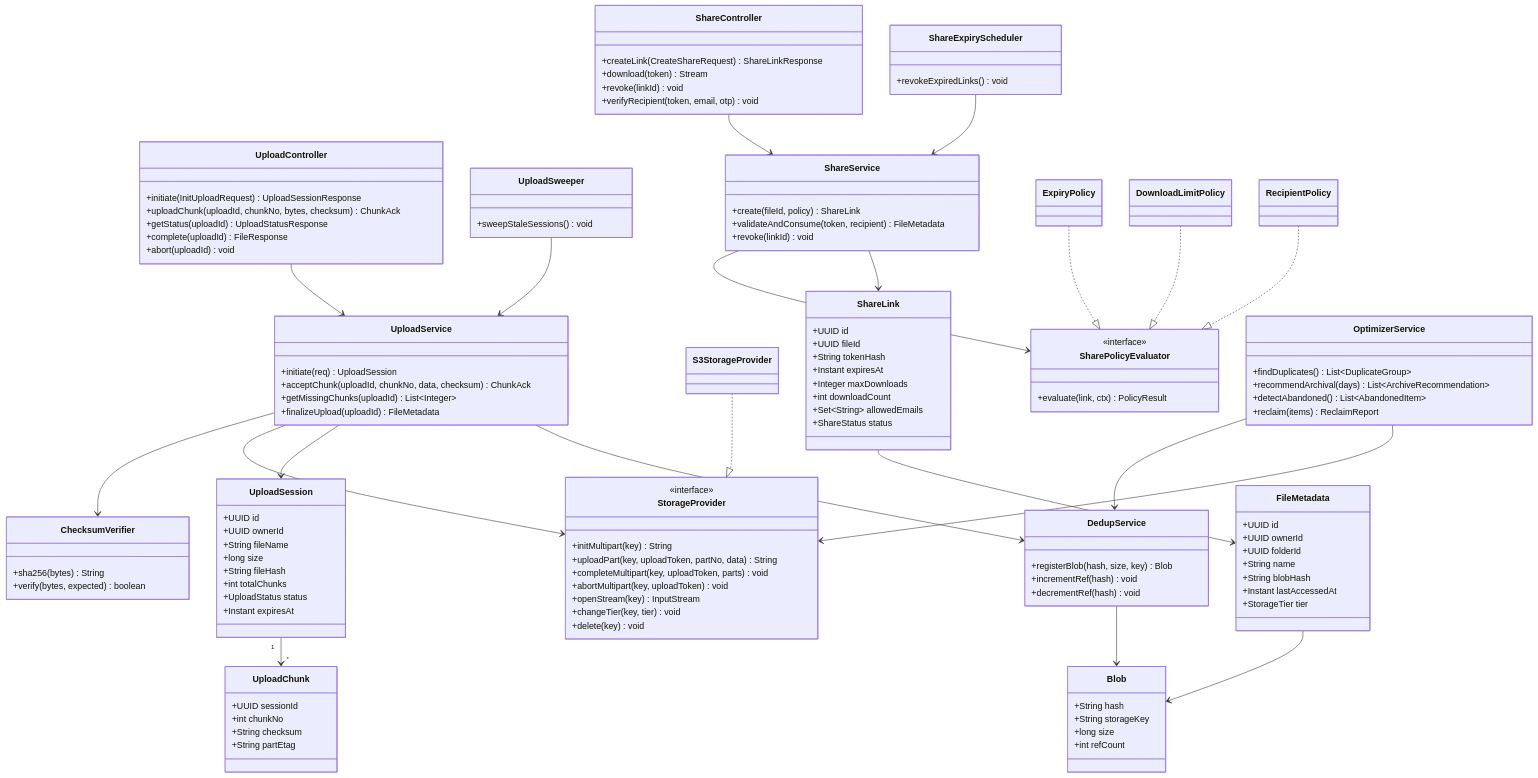
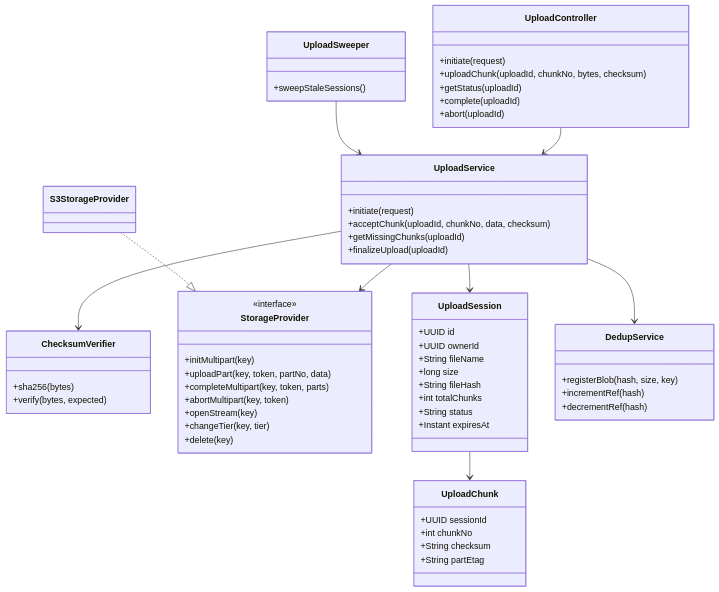
Before and after one commit to nshk28/Covalent: the second of 6 diagrams in README.md, drawn with Mermaid.

Commit message:
Refactor class diagrams and remove unused classes

````diff
--- a/README.md
+++ b/README.md
@@ -114,31 +114,31 @@
 ```mermaid
 classDiagram
     class UploadController {
-        +initiate(InitUploadRequest) UploadSessionResponse
-        +uploadChunk(uploadId, chunkNo, bytes, checksum) ChunkAck
-        +getStatus(uploadId) UploadStatusResponse
-        +complete(uploadId) FileResponse
-        +abort(uploadId) void
+        +initiate(request)
+        +uploadChunk(uploadId, chunkNo, bytes, checksum)
+        +getStatus(uploadId)
+        +complete(uploadId)
+        +abort(uploadId)
     }
     class UploadService {
-        +initiate(req) UploadSession
-        +acceptChunk(uploadId, chunkNo, data, checksum) ChunkAck
-        +getMissingChunks(uploadId) List~Integer~
-        +finalizeUpload(uploadId) FileMetadata
+        +initiate(request)
+        +acceptChunk(uploadId, chunkNo, data, checksum)
+        +getMissingChunks(uploadId)
+        +finalizeUpload(uploadId)
     }
     class ChecksumVerifier {
-        +sha256(bytes) String
-        +verify(bytes, expected) boolean
+        +sha256(bytes)
+        +verify(bytes, expected)
     }
     class StorageProvider {
         <<interface>>
-        +initMultipart(key) String
-        +uploadPart(key, uploadToken, partNo, data) String
-        +completeMultipart(key, uploadToken, parts) void
-        +abortMultipart(key, uploadToken) void
-        +openStream(key) InputStream
-        +changeTier(key, tier) void
-        +delete(key) void
+        +initMultipart(key)
+        +uploadPart(key, token, partNo, data)
+        +completeMultipart(key, token, parts)
+        +abortMultipart(key, token)
+        +openStream(key)
+        +changeTier(key, tier)
+        +delete(key)
     }
     class S3StorageProvider
     class UploadSession {
@@ -148,7 +148,7 @@
         +long size
         +String fileHash
         +int totalChunks
-        +UploadStatus status
+        +String status
         +Instant expiresAt
     }
     class UploadChunk {
@@ -158,88 +158,20 @@
         +String partEtag
     }
     class UploadSweeper {
-        +sweepStaleSessions() void
-    }
-
-    class ShareController {
-        +createLink(CreateShareRequest) ShareLinkResponse
-        +download(token) Stream
-        +revoke(linkId) void
-        +verifyRecipient(token, email, otp) void
-    }
-    class ShareService {
-        +create(fileId, policy) ShareLink
-        +validateAndConsume(token, recipient) FileMetadata
-        +revoke(linkId) void
-    }
-    class SharePolicyEvaluator {
-        <<interface>>
-        +evaluate(link, ctx) PolicyResult
-    }
-    class ExpiryPolicy
-    class DownloadLimitPolicy
-    class RecipientPolicy
-    class ShareLink {
-        +UUID id
-        +UUID fileId
-        +String tokenHash
-        +Instant expiresAt
-        +Integer maxDownloads
-        +int downloadCount
-        +Set~String~ allowedEmails
-        +ShareStatus status
-    }
-    class ShareExpiryScheduler {
-        +revokeExpiredLinks() void
-    }
-
-    class OptimizerService {
-        +findDuplicates() List~DuplicateGroup~
-        +recommendArchival(days) List~ArchiveRecommendation~
-        +detectAbandoned() List~AbandonedItem~
-        +reclaim(items) ReclaimReport
+        +sweepStaleSessions()
     }
     class DedupService {
-        +registerBlob(hash, size, key) Blob
-        +incrementRef(hash) void
-        +decrementRef(hash) void
-    }
-    class FileMetadata {
-        +UUID id
-        +UUID ownerId
-        +UUID folderId
-        +String name
-        +String blobHash
-        +Instant lastAccessedAt
-        +StorageTier tier
-    }
-    class Blob {
-        +String hash
-        +String storageKey
-        +long size
-        +int refCount
+        +registerBlob(hash, size, key)
+        +incrementRef(hash)
+        +decrementRef(hash)
     }
 
     UploadController --> UploadService
     UploadService --> ChecksumVerifier
     UploadService --> StorageProvider
+    UploadService --> DedupService
     UploadService --> UploadSession
-    UploadSession "1" --> "*" UploadChunk
+    UploadSession --> UploadChunk
     S3StorageProvider ..|> StorageProvider
     UploadSweeper --> UploadService
-    UploadService --> DedupService
-
-    ShareController --> ShareService
-    ShareService --> SharePolicyEvaluator
-    ExpiryPolicy ..|> SharePolicyEvaluator
-    DownloadLimitPolicy ..|> SharePolicyEvaluator
-    RecipientPolicy ..|> SharePolicyEvaluator
-    ShareService --> ShareLink
-    ShareExpiryScheduler --> ShareService
-
-    OptimizerService --> DedupService
-    OptimizerService --> StorageProvider
-    DedupService --> Blob
-    FileMetadata --> Blob
-    ShareLink --> FileMetadata
 ```
````
